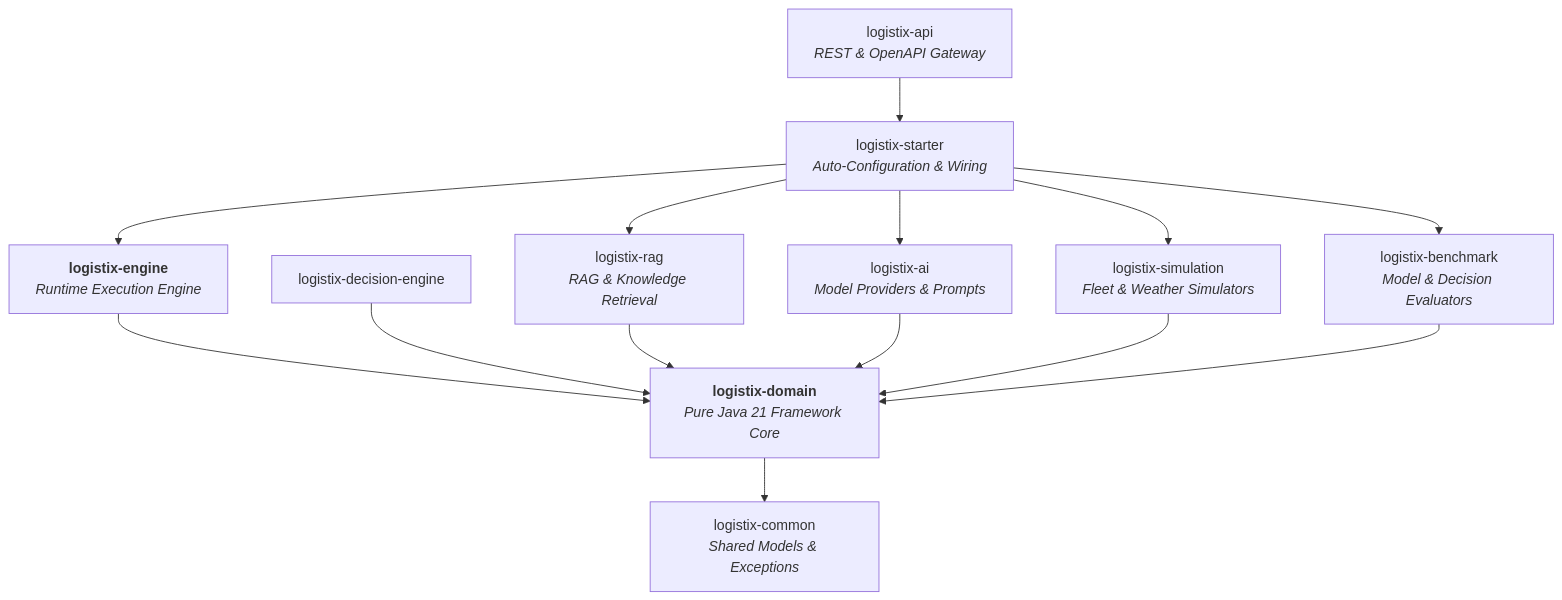
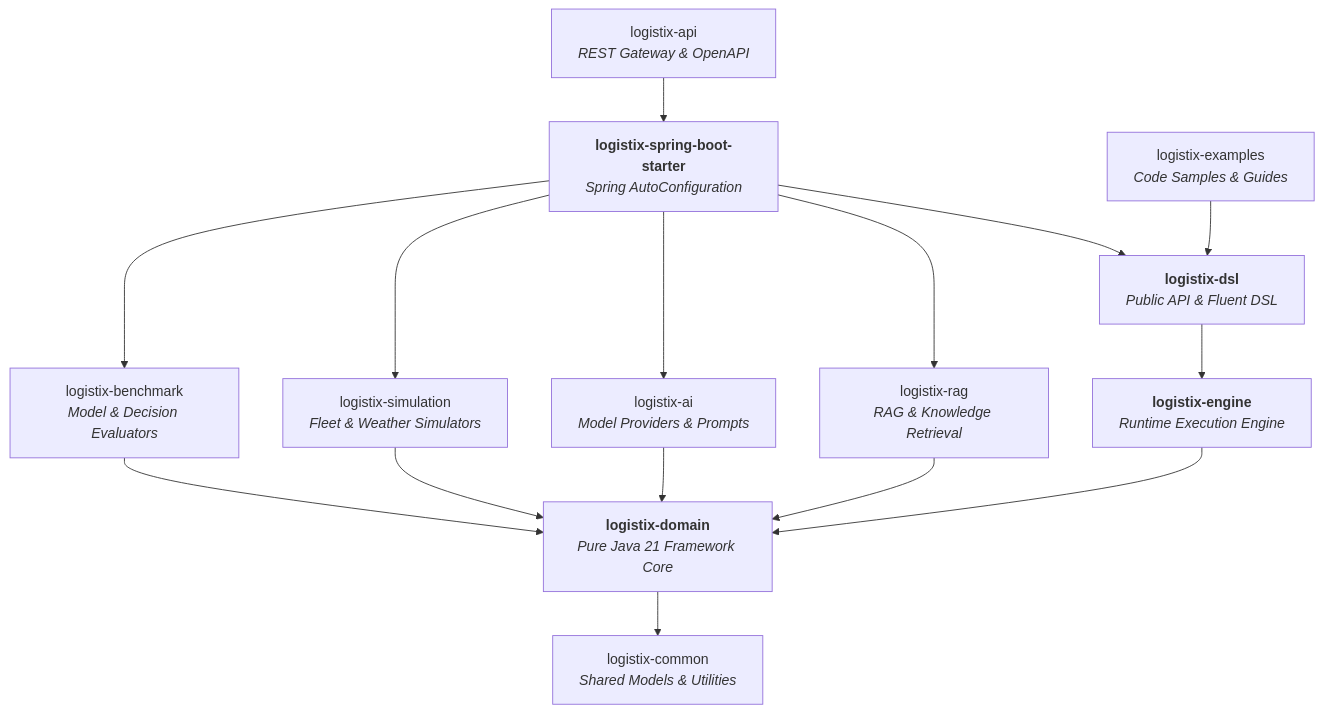
One commit to venukommu/LogistiX changed the second of 2 diagrams in architecture/ARCHITECTURE.md. Above: the diagram before and after it, drawn with Mermaid. The commit also changed other lines of this file and 41 other files, not shown here.

First line of the commit message:
feat(dx): architect logistix-dsl, public LogistiX entry point, and Spring Boot Starter

````diff
--- a/architecture/ARCHITECTURE.md
+++ b/architecture/ARCHITECTURE.md
@@ -129,18 +138,21 @@
 ```mermaid
 graph TD
-    api[logistix-api<br/><i>REST & OpenAPI Gateway</i>] --> starter[logistix-starter<br/><i>Auto-Configuration & Wiring</i>]
-    starter --> engine[<b>logistix-engine</b><br/><i>Runtime Execution Engine</i>]
+    api[logistix-api<br/><i>REST Gateway & OpenAPI</i>] --> starter[<b>logistix-spring-boot-starter</b><br/><i>Spring AutoConfiguration</i>]
+    starter --> dsl[<b>logistix-dsl</b><br/><i>Public API & Fluent DSL</i>]
+    examples[logistix-examples<br/><i>Code Samples & Guides</i>] --> dsl
+    
+    dsl --> engine[<b>logistix-engine</b><br/><i>Runtime Execution Engine</i>]
+    engine --> domain[<b>logistix-domain</b><br/><i>Pure Java 21 Framework Core</i>]
+    
     starter --> rag[logistix-rag<br/><i>RAG & Knowledge Retrieval</i>]
     starter --> ai[logistix-ai<br/><i>Model Providers & Prompts</i>]
     starter --> sim[logistix-simulation<br/><i>Fleet & Weather Simulators</i>]
     starter --> bm[logistix-benchmark<br/><i>Model & Decision Evaluators</i>]
     
-    engine --> domain[<b>logistix-domain</b><br/><i>Pure Java 21 Framework Core</i>]
-    de[logistix-decision-engine] --> domain
     rag --> domain
     ai --> domain
     sim --> domain
     bm --> domain
     
-    domain --> common[logistix-common<br/><i>Shared Models & Exceptions</i>]
+    domain --> common[logistix-common<br/><i>Shared Models & Utilities</i>]
 ```
````
